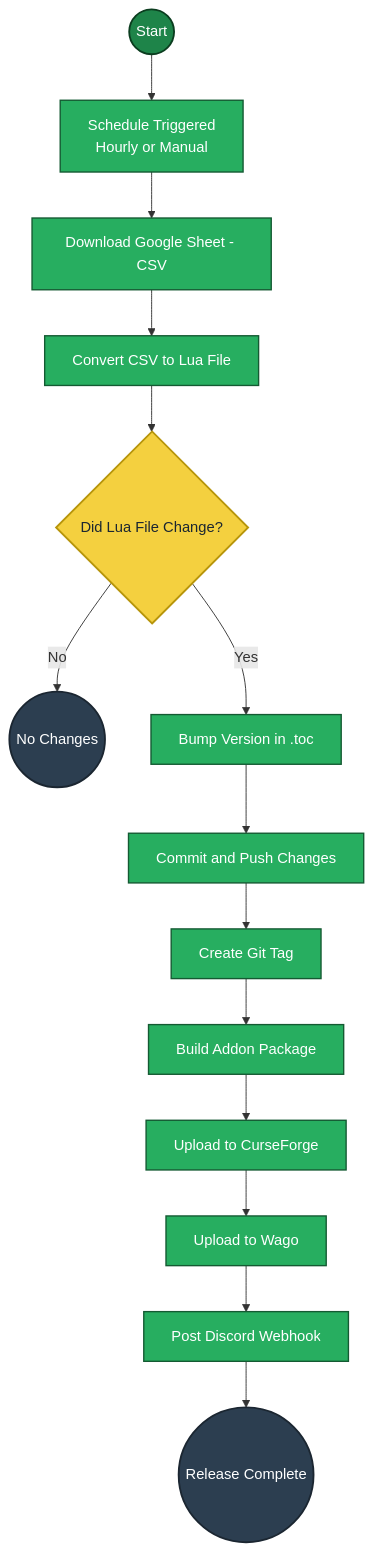
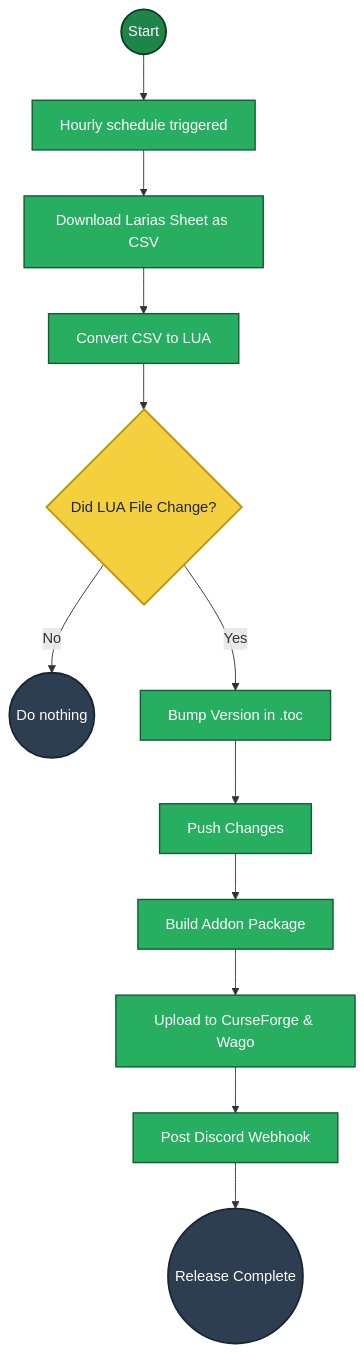
One commit to Devbezos/Larias-Weekly-Checklist changed the diagram in README.md. Above: the diagram before and after it, drawn with Mermaid. The commit also changed 7 other files, not shown here.

````diff
--- a/README.md
+++ b/README.md
@@ -1,30 +1,28 @@
 ```mermaid
 flowchart TD
 
     A((Start)):::start
-    B[Schedule Triggered<br/>Hourly or Manual]:::process
-    E[Download Google Sheet - CSV]:::process
-    F[Convert CSV to Lua File]:::process
-    G{Did Lua File Change?}:::decision
+    B[Hourly schedule triggered]:::process
+    E[Download Larias Sheet as CSV]:::process
+    F[Convert CSV to LUA]:::process
+    G{Did LUA File Change?}:::decision
 
-    H((No Changes)):::finish
+    H((Do nothing)):::finish
     I[Bump Version in .toc]:::process
-    J[Commit and Push Changes]:::process
-    K[Create Git Tag]:::process
+    J[Push Changes]:::process
     L[Build Addon Package]:::process
-    M[Upload to CurseForge]:::process
-    N[Upload to Wago]:::process
+    M[Upload to CurseForge & Wago]:::process
     O[Post Discord Webhook]:::process
     P((Release Complete)):::finish
 
     A --> B --> E --> F --> G
     G -- No --> H
-    G -- Yes --> I --> J --> K --> L --> M --> N --> O --> P
+    G -- Yes --> I --> J --> L --> M --> O --> P
 
 classDef start fill:#1E8449,color:#FFFFFF,stroke:#0B3D1F,stroke-width:2px;
 classDef process fill:#27AE60,color:#FFFFFF,stroke:#145A32,stroke-width:1.5px;
 classDef decision fill:#F4D03F,color:#1B2631,stroke:#B7950B,stroke-width:2px;
 classDef finish fill:#2C3E50,color:#FFFFFF,stroke:#1B2631,stroke-width:2px;
 
 
 ```
````
